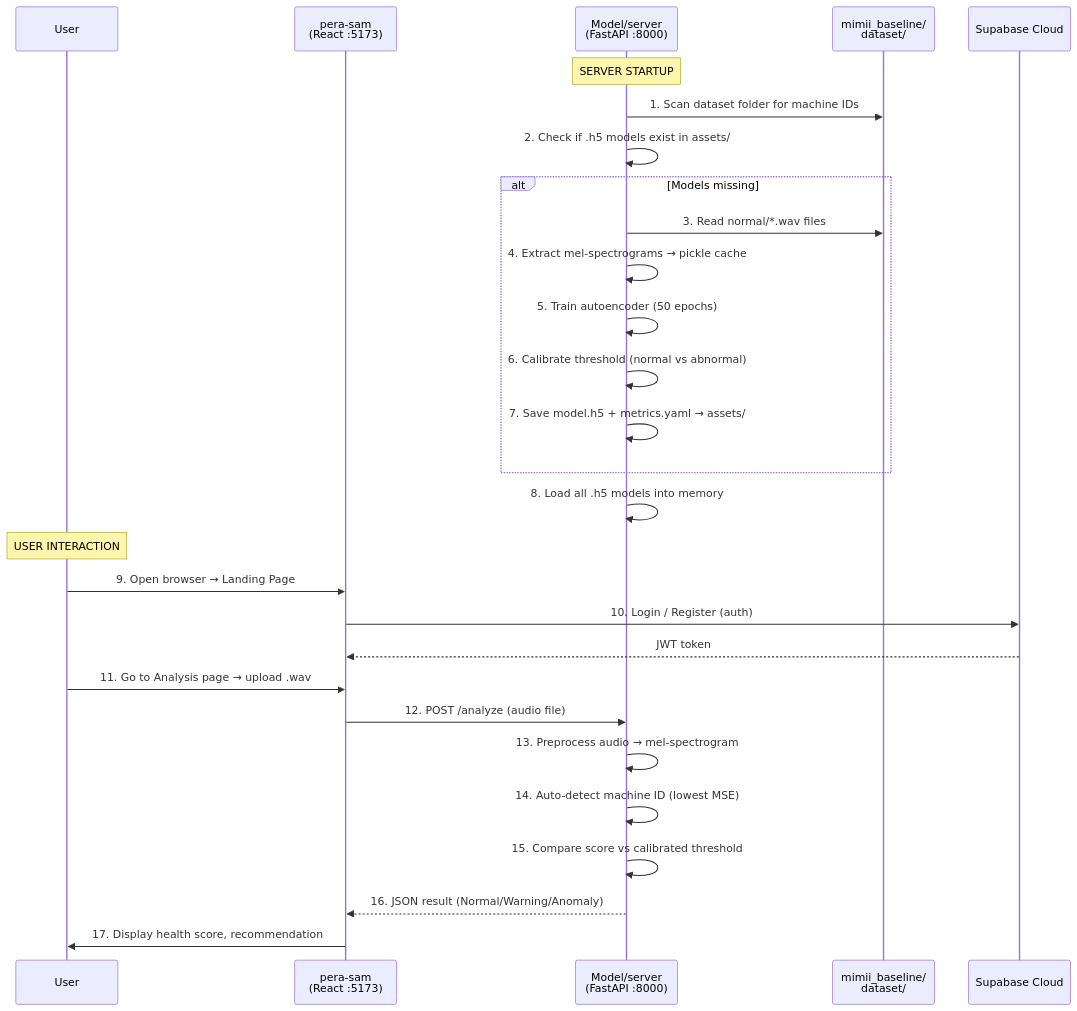
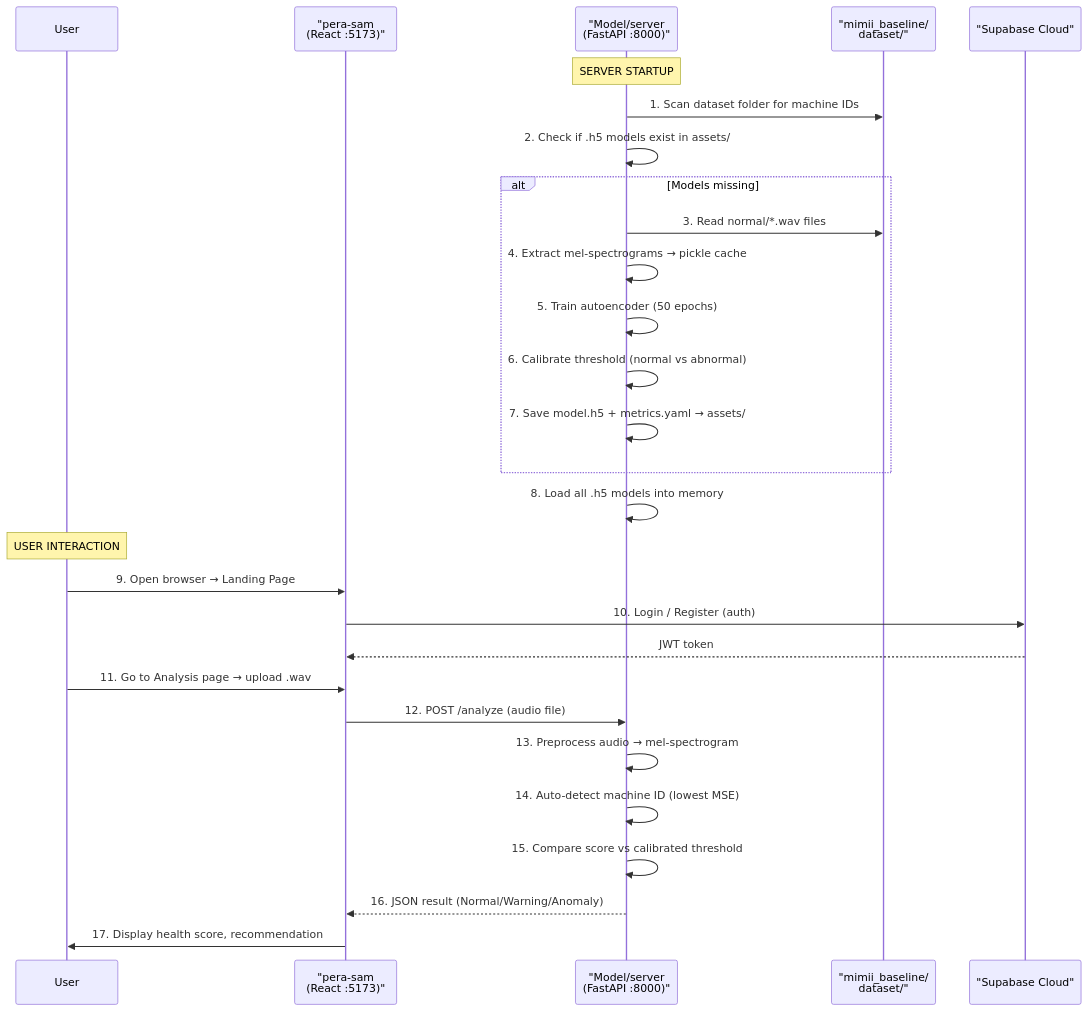
One commit to zerokali20/e22-co2060-PERA-SAM changed the second of 2 diagrams in docs/README.md. Above: the diagram before and after it, drawn with Mermaid. The commit also changed other lines of this file, not shown here.

Commit message:
Refine participant labels in README sequence diagram
Updated participant names in sequence diagram for clarity.

````diff
--- a/docs/README.md
+++ b/docs/README.md
@@ -76,32 +76,32 @@
 ```mermaid
 sequenceDiagram
     participant User
-    participant Frontend as pera-sam<br/>(React :5173)
-    participant Backend as Model/server<br/>(FastAPI :8000)
-    participant Dataset as mimii_baseline/<br/>dataset/
-    participant Supabase as Supabase Cloud
+    participant Frontend as "pera-sam<br/>(React :5173)"
+    participant Backend as "Model/server<br/>(FastAPI :8000)"
+    participant Dataset as "mimii_baseline/<br/>dataset/"
+    participant Supabase as "Supabase Cloud"
 
     Note over Backend: SERVER STARTUP
     Backend->>Dataset: 1. Scan dataset folder for machine IDs
     Backend->>Backend: 2. Check if .h5 models exist in assets/
     alt Models missing
         Backend->>Dataset: 3. Read normal/*.wav files
         Backend->>Backend: 4. Extract mel-spectrograms → pickle cache
         Backend->>Backend: 5. Train autoencoder (50 epochs)
         Backend->>Backend: 6. Calibrate threshold (normal vs abnormal)
         Backend->>Backend: 7. Save model.h5 + metrics.yaml → assets/
     end
     Backend->>Backend: 8. Load all .h5 models into memory
 
     Note over User: USER INTERACTION
     User->>Frontend: 9. Open browser → Landing Page
     Frontend->>Supabase: 10. Login / Register (auth)
     Supabase-->>Frontend: JWT token
     User->>Frontend: 11. Go to Analysis page → upload .wav
     Frontend->>Backend: 12. POST /analyze (audio file)
     Backend->>Backend: 13. Preprocess audio → mel-spectrogram
     Backend->>Backend: 14. Auto-detect machine ID (lowest MSE)
     Backend->>Backend: 15. Compare score vs calibrated threshold
     Backend-->>Frontend: 16. JSON result (Normal/Warning/Anomaly)
     Frontend->>User: 17. Display health score, recommendation
 ```
````
